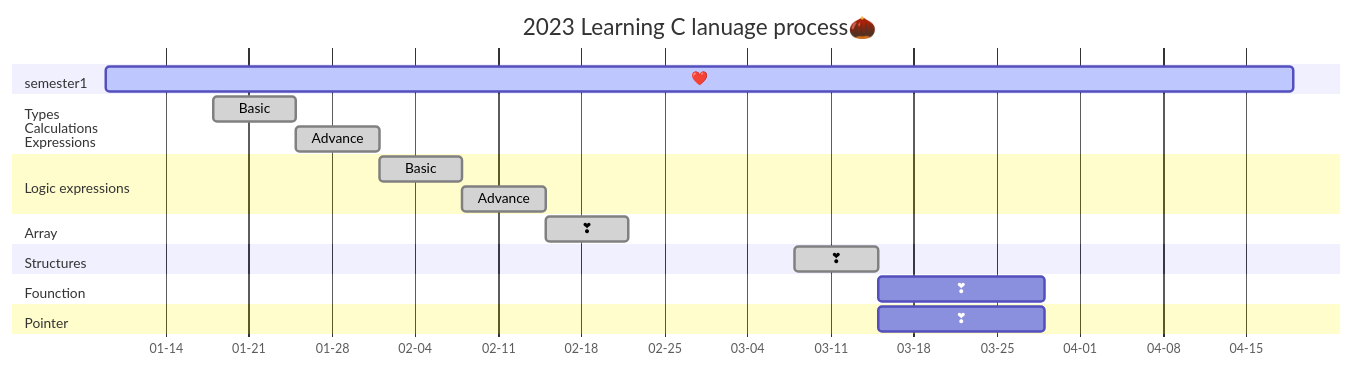
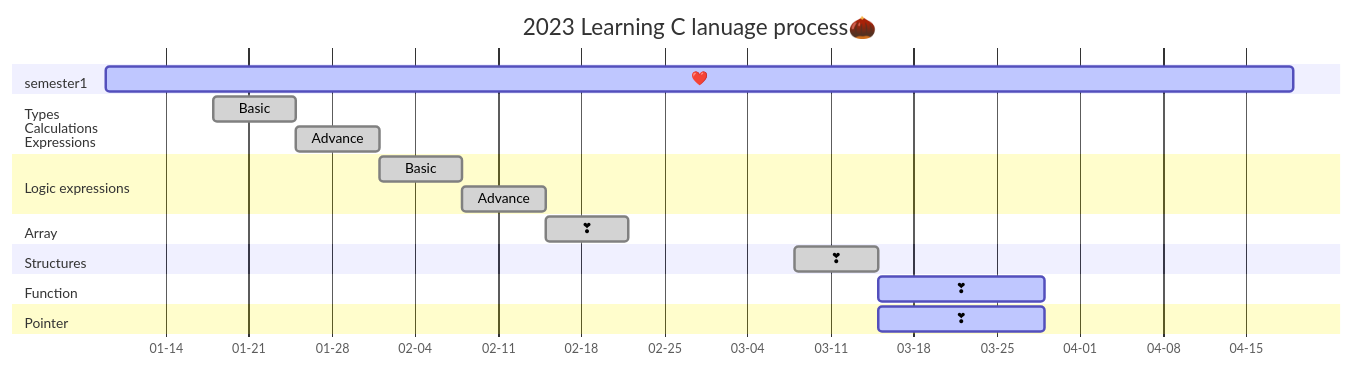
The diagram in README.md (AimeeWen1992/Learning-C), drawn with Mermaid before and after one commit.

````diff
--- a/README.md
+++ b/README.md
@@ -15,28 +15,28 @@
 ```mermaid
 gantt
 title 2023 Learning C lanuage process🌰 
 dateFormat YYYY-MM-DD
 axisFormat %m-%d
 
 section semester1
         ❤️:active,01-09,100d
 section Types<br />Calculations<br />Expressions
  Basic   :done,01-18,7d
  Advance :done,01-25,7d
 
 section Logic expressions
 Basic   :done,02-01,7d
 Advance :done,02-08,7d
 
 section Array
  ❣   :done,02-15,7d
 
 section Structures
  ❣   :done,03-08,7d
 
-section Founction
- ❣   :03-15,14d
+section Function
+ ❣   :active,03-15,14d
 
 section Pointer
- ❣   :03-15,14d
+ ❣   :active,03-15,14d
 ```
````
